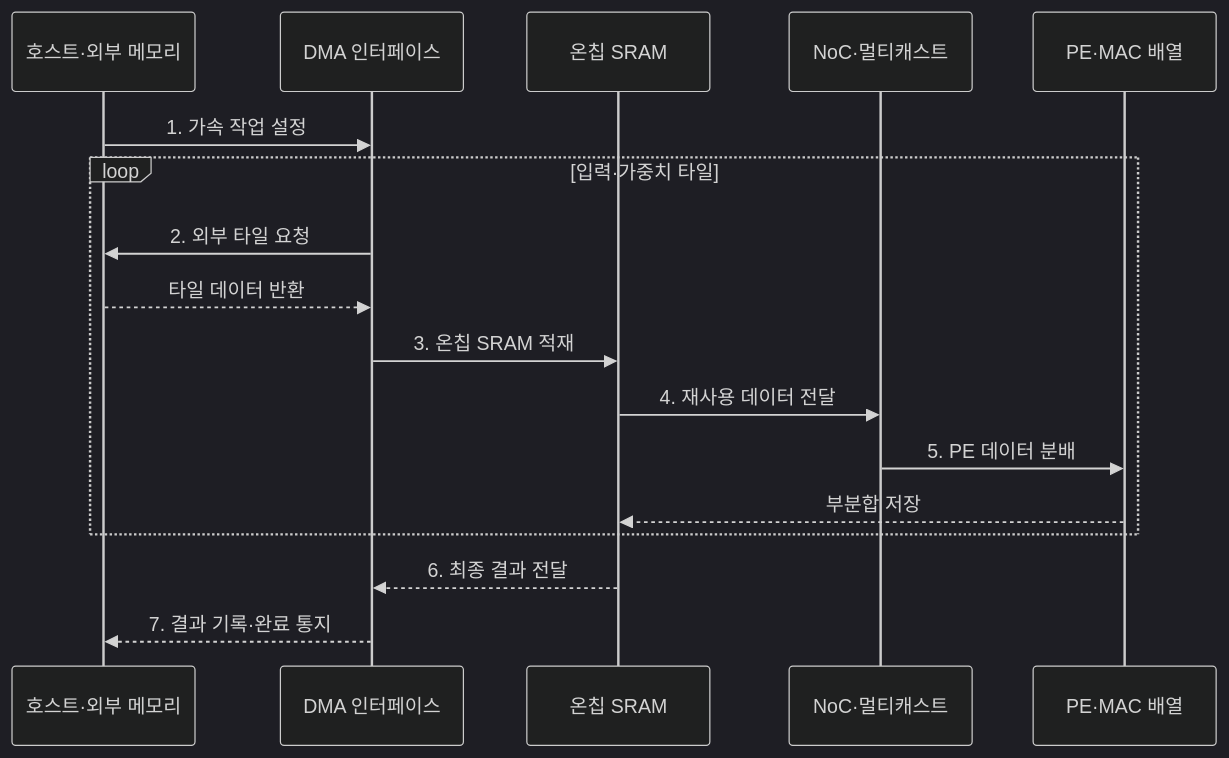
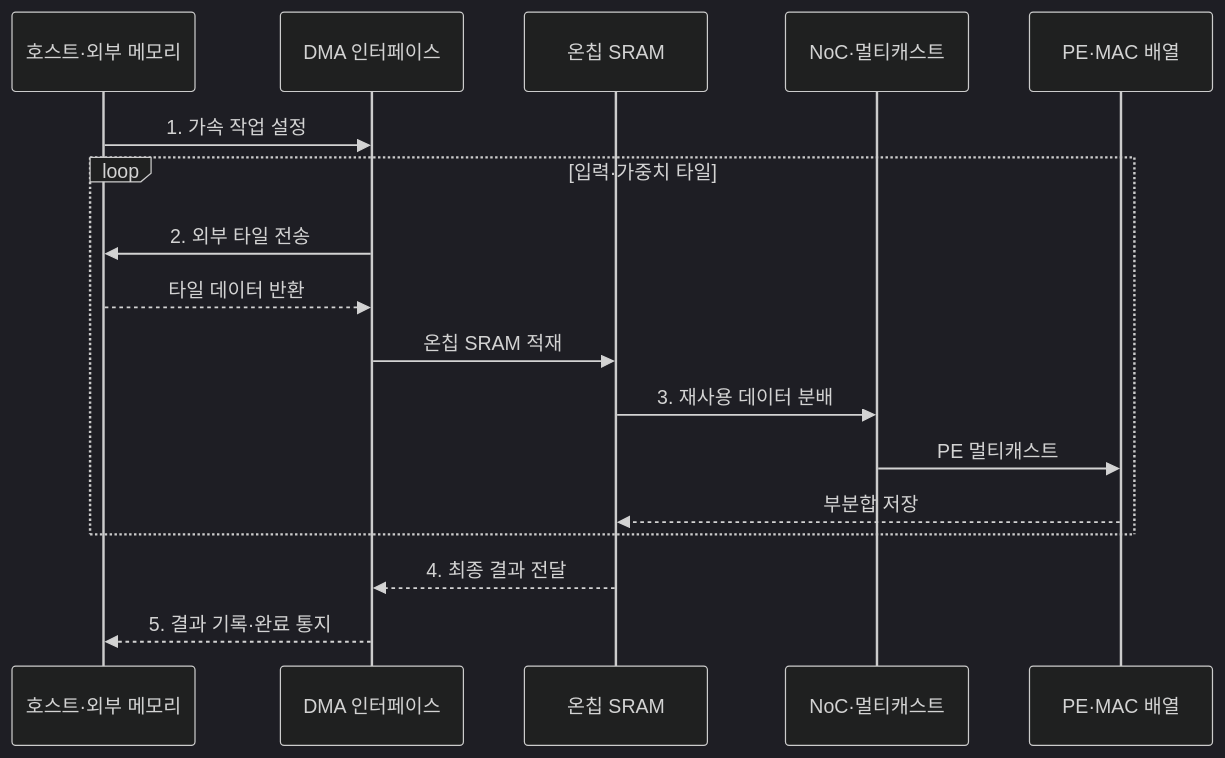
The second of 2 diagrams in src/content/docs/notes/02-hardware/040_asic_ai_acceleration.md (agnusdei1207/knowledge-base), drawn with Mermaid (dark theme) before and after one commit. The commit also changed other lines of this file and 86 other files, not shown here.

````diff
--- a/src/content/docs/notes/02-hardware/040_asic_ai_acceleration.md
+++ b/src/content/docs/notes/02-hardware/040_asic_ai_acceleration.md
@@ -94,20 +94,20 @@
 ```mermaid
 sequenceDiagram
     participant H as 호스트·외부 메모리
     participant D as DMA 인터페이스
     participant S as 온칩 SRAM
     participant N as NoC·멀티캐스트
     participant P as PE·MAC 배열
 
     H->>D: 1. 가속 작업 설정
     loop 입력·가중치 타일
-        D->>H: 2. 외부 타일 요청
+        D->>H: 2. 외부 타일 전송
         H-->>D: 타일 데이터 반환
-        D->>S: 3. 온칩 SRAM 적재
-        S->>N: 4. 재사용 데이터 전달
-        N->>P: 5. PE 데이터 분배
+        D->>S: 온칩 SRAM 적재
+        S->>N: 3. 재사용 데이터 분배
+        N->>P: PE 멀티캐스트
         P-->>S: 부분합 저장
     end
-    S-->>D: 6. 최종 결과 전달
-    D-->>H: 7. 결과 기록·완료 통지
+    S-->>D: 4. 최종 결과 전달
+    D-->>H: 5. 결과 기록·완료 통지
 ```
````
